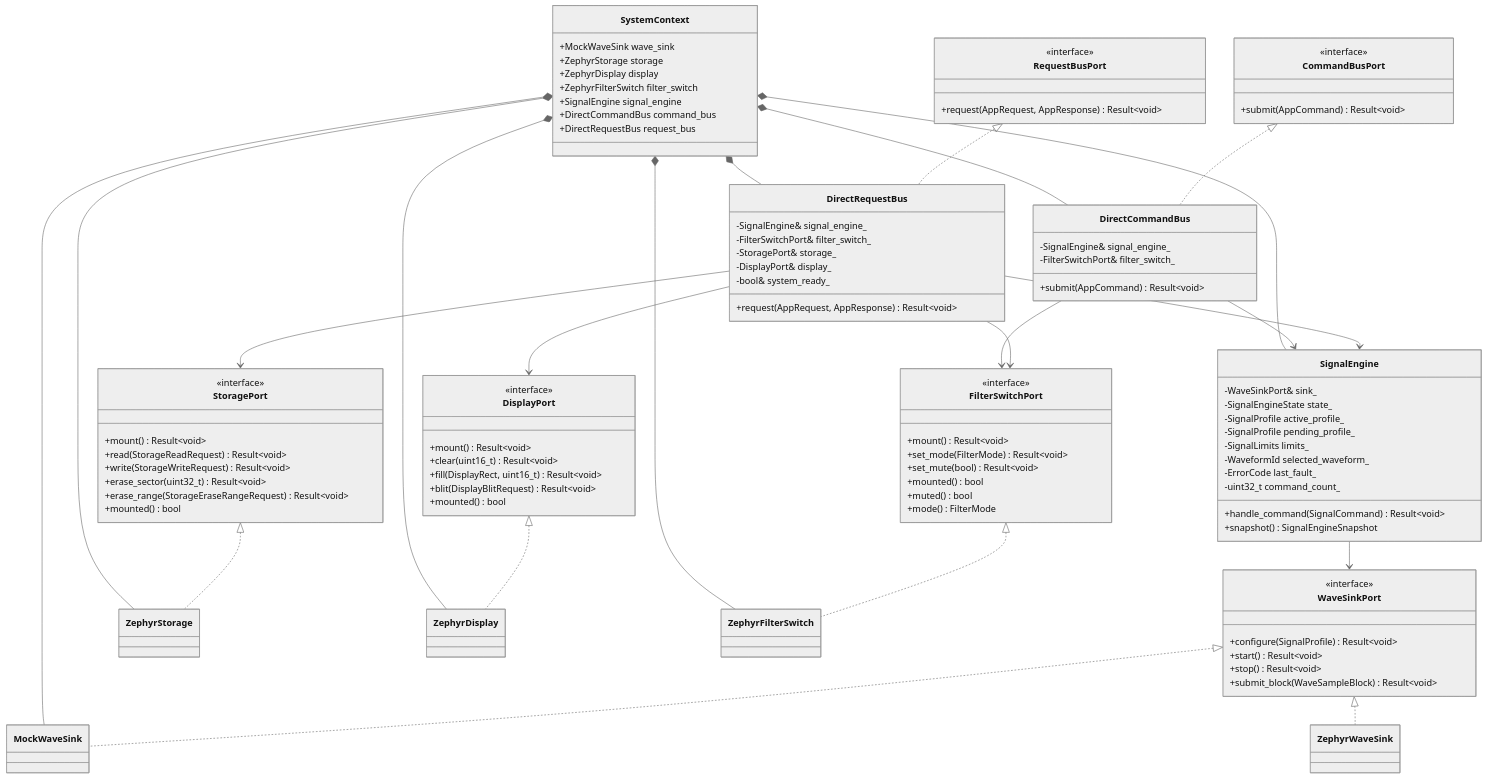
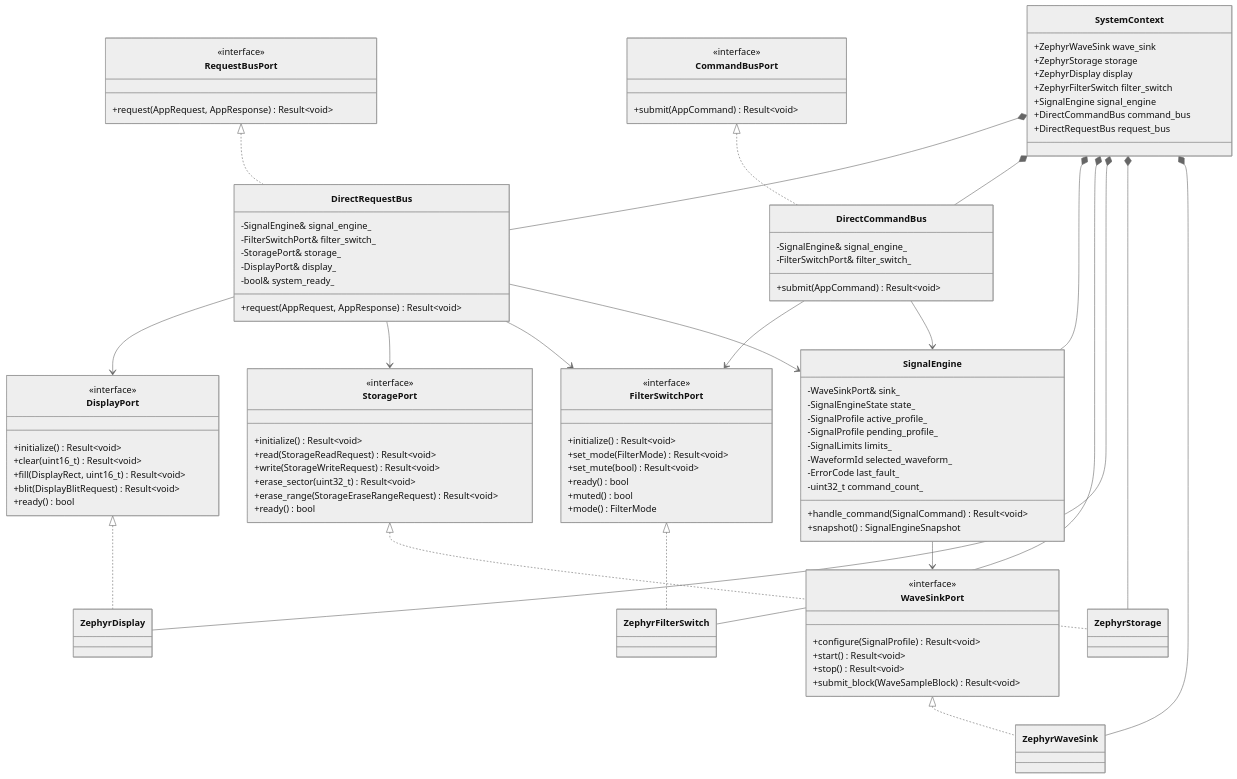
One commit to MekCraftLi/OmniGenH7 changed the first of 3 diagrams in docs/architecture_uml.md. Above: the diagram before and after it, drawn with Mermaid (neutral theme). The commit also changed other lines of this file and 28 other files, not shown here.

````diff
--- a/docs/architecture_uml.md
+++ b/docs/architecture_uml.md
@@ -11,7 +11,7 @@
 ```mermaid
 classDiagram
     class SystemContext {
-        +MockWaveSink wave_sink
+        +ZephyrWaveSink wave_sink
         +ZephyrStorage storage
         +ZephyrDisplay display
         +ZephyrFilterSwitch filter_switch
@@ -68,40 +68,39 @@
 
     class StoragePort {
         <<interface>>
-        +mount() Result~void~
+        +initialize() Result~void~
         +read(StorageReadRequest) Result~void~
         +write(StorageWriteRequest) Result~void~
         +erase_sector(uint32_t) Result~void~
         +erase_range(StorageEraseRangeRequest) Result~void~
-        +mounted() bool
+        +ready() bool
     }
 
     class DisplayPort {
         <<interface>>
-        +mount() Result~void~
+        +initialize() Result~void~
         +clear(uint16_t) Result~void~
         +fill(DisplayRect, uint16_t) Result~void~
         +blit(DisplayBlitRequest) Result~void~
-        +mounted() bool
+        +ready() bool
     }
 
     class FilterSwitchPort {
         <<interface>>
-        +mount() Result~void~
+        +initialize() Result~void~
         +set_mode(FilterMode) Result~void~
         +set_mute(bool) Result~void~
-        +mounted() bool
+        +ready() bool
         +muted() bool
         +mode() FilterMode
     }
 
-    class MockWaveSink
     class ZephyrWaveSink
     class ZephyrStorage
     class ZephyrDisplay
     class ZephyrFilterSwitch
 
-    SystemContext *-- MockWaveSink
+    SystemContext *-- ZephyrWaveSink
     SystemContext *-- ZephyrStorage
     SystemContext *-- ZephyrDisplay
     SystemContext *-- ZephyrFilterSwitch
@@ -111,7 +110,6 @@
 
     CommandBusPort <|.. DirectCommandBus
     RequestBusPort <|.. DirectRequestBus
-    WaveSinkPort <|.. MockWaveSink
     WaveSinkPort <|.. ZephyrWaveSink
     StoragePort <|.. ZephyrStorage
     DisplayPort <|.. ZephyrDisplay
````
